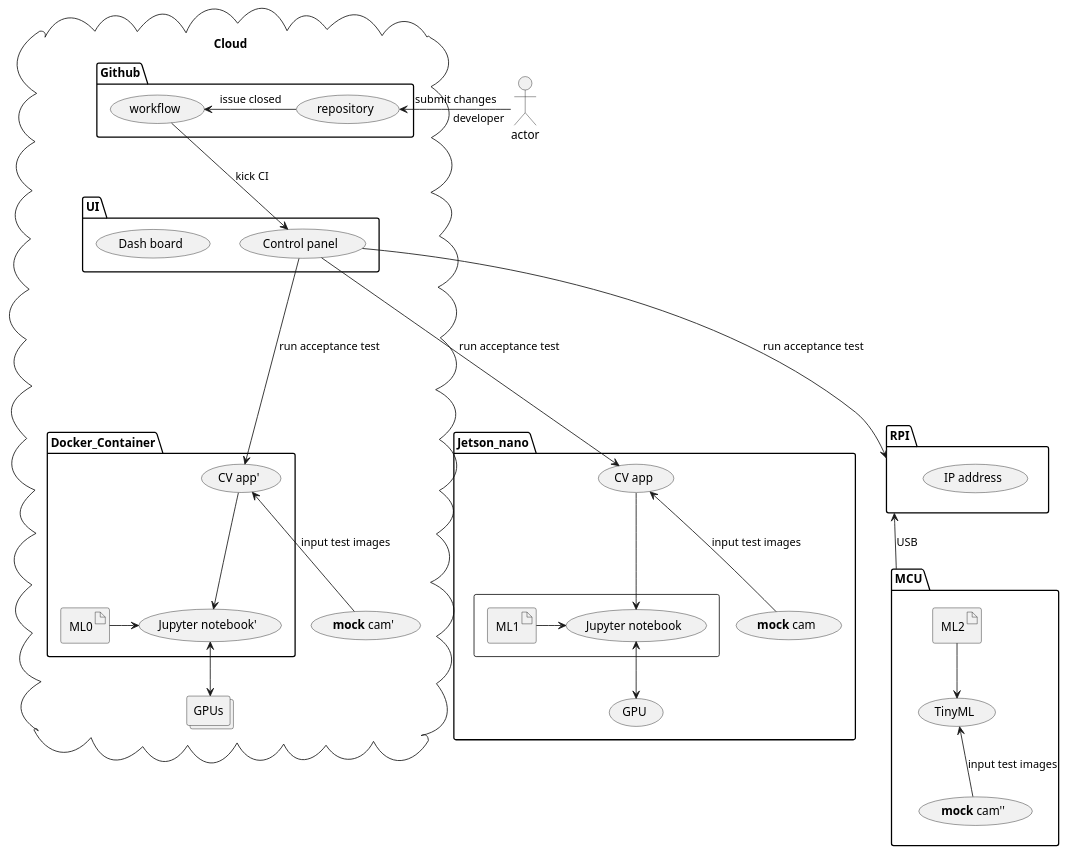
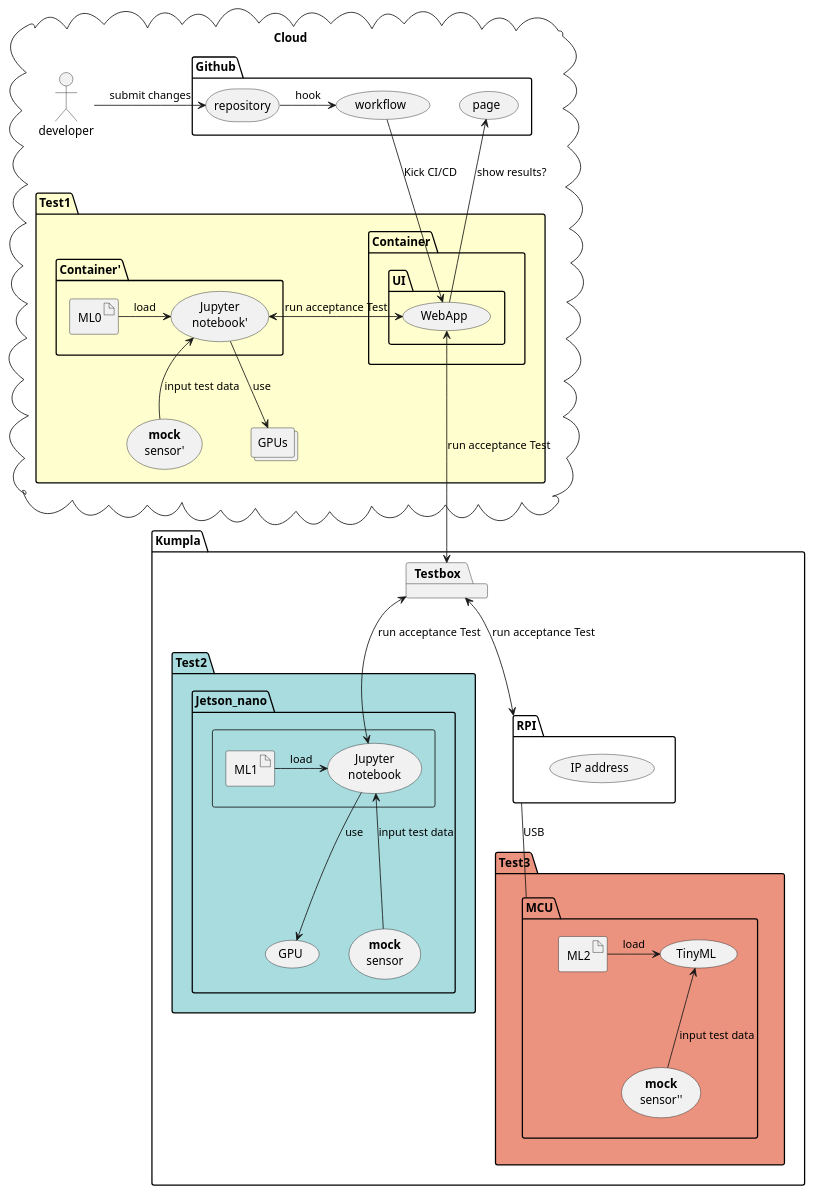
The diagram in tdd.puml (Origami-Cloudless-AI/software-engineering-project), drawn with PlantUML before and after one commit. The commit also changed 1 other file, not shown here.

```diff
--- a/tdd.puml
+++ b/tdd.puml
@@ -1,58 +1,66 @@
 @startuml
 
-'title "Test 3 environments at once with mock cam"
+'title "Test 3 environments at once with mock sensor"
 
 cloud Cloud {
 	package Github {
-		(workflow) <- (repository) : issue closed
+		storage repository
+		(page)
+		repository -> (workflow): hook
+	}
+	package Test1 #fefece {
+	package Container {
+		package UI {
+			(workflow) -down-> (WebApp) : Kick CI/CD
+			WebApp -> page : show results?
+		}
+	}
+	package Container' {
+		artifact ML0
+		(Jupyter\nnotebook')
+	}
+	(**mock**\nsensor')
+	collections "GPUs"
+	}
+ML0 -right-> (Jupyter\nnotebook') : load
+WebApp <-> (Jupyter\nnotebook') :  run acceptance Test
+(Jupyter\nnotebook') -down-> GPUs : use
+(Jupyter\nnotebook') <-down- (**mock**\nsensor') : input test data
+developer -> repository : submit changes
+}
+
+package Kumpla {
+package Testbox
+
+WebApp <--->  Testbox : run acceptance Test
+Testbox <-down-> RPI : run acceptance Test
+
+package Test2 #A9DCDF {
+package Jetson_nano {
+	rectangle {
+		  artifact ML1
+		  (Jupyter\nnotebook)
 	}
 
-	package UI {
-		(workflow) -down-> (Control panel) : kick CI
-		(Dash board)
-	}
-	package Docker_Container {
-		  artifact "ML0"
-		  (Jupyter notebook')
-		  (CV app')
-	}
-	collections "GPUs"
-"ML0" -right-> (Jupyter notebook')
-(CV app') -down-> (Jupyter notebook')
-(Jupyter notebook') <-down-> GPUs
-(CV app') <-down- (**mock** cam') : input test images
+ML1 -right-> (Jupyter\nnotebook) : load
+Testbox <-down-> (Jupyter\nnotebook) : run acceptance Test
+(Jupyter\nnotebook) -down-> (GPU) : use
+(Jupyter\nnotebook) <-down- (**mock**\nsensor) : input test data
+}
 }
 
-actor "developer" --left--> (repository) : submit changes
-
-package Jetson_nano {
-	rectangle {
-		  artifact "ML1"
-		  (Jupyter notebook)
-		  (CV app')
-	}
-
-"ML1" -right-> (Jupyter notebook)
-(CV app) -down-> (Jupyter notebook)
-(Jupyter notebook) <-down-> (GPU)
-(CV app) <-down- (**mock** cam) : input test images
-}
-
-(Control panel) --down--> (CV app) : run acceptance test
-(Control panel) --down--> (CV app') : run acceptance test
-(Control panel) --down--> RPI : run acceptance test
-
+package Test3 #EB937F {
 package RPI {
 	(IP address)
 }
 
 package MCU {
-        artifact "ML2"
-	ML2 -down-> (TinyML)
-	(TinyML) <-down- (**mock** cam'') : input test images 
+        artifact ML2
+	ML2 -> (TinyML) : load
+	(TinyML) <-down- (**mock**\nsensor'') : input test data 
 }
 
-RPI <-down- MCU : USB
-
-
+RPI -down- MCU : USB
+}
+}
 @enduml
```
